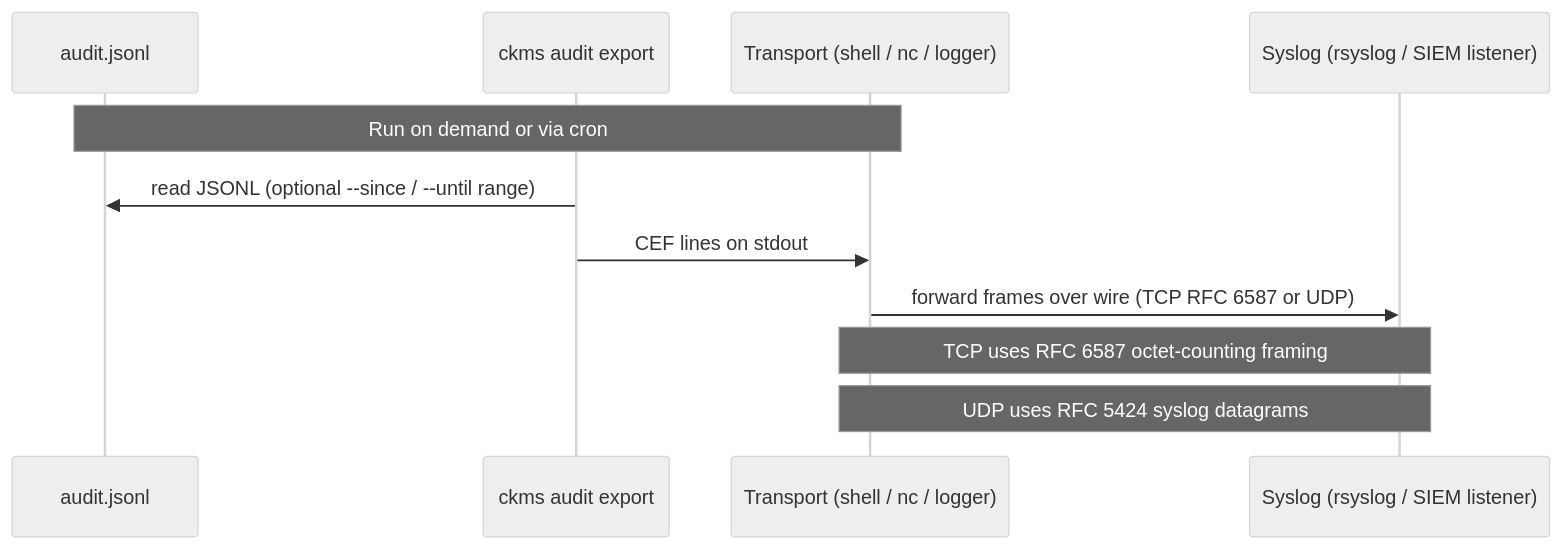
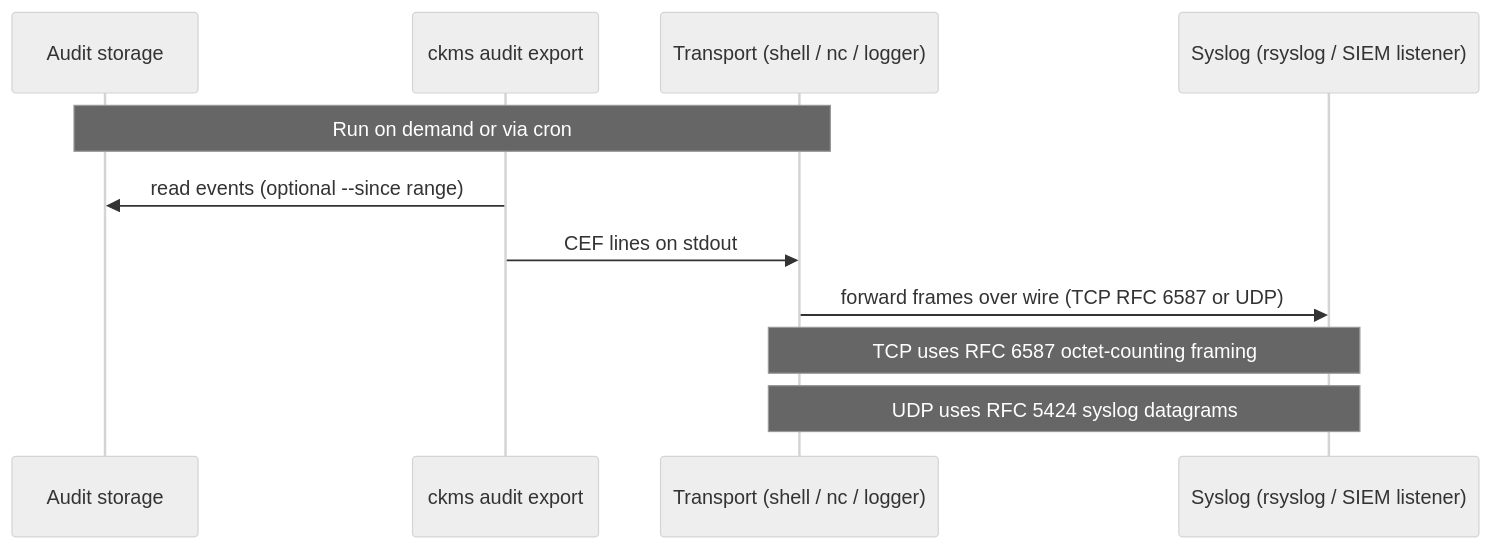
One commit to Cosmian/kms changed the second of 2 diagrams in documentation/docs/configuration/siems.md. Above: the diagram before and after it, drawn with Mermaid (neutral theme). The commit also changed other lines of this file and 75 other files, not shown here.

First line of the commit message:
feat(audit): AuditSink trait, file-store split, PostgreSQL audit backend and `ckms audit` PostgreSQL source (#1189)

````diff
--- a/documentation/docs/configuration/siems.md
+++ b/documentation/docs/configuration/siems.md
@@ -51,14 +54,14 @@
 ```mermaid
 sequenceDiagram
-    participant File as audit.jsonl
+    participant Source as Audit storage
     participant ckms as ckms audit export
     participant Transport as Transport (shell / nc / logger)
     participant Syslog as Syslog (rsyslog / SIEM listener)
 
-    Note over File,Transport: Run on demand or via cron
-    ckms->>File: read JSONL (optional --since / --until range)
+    Note over Source,Transport: Run on demand or via cron
+    ckms->>Source: read events (optional --since range)
     ckms->>Transport: CEF lines on stdout
     Transport->>Syslog: forward frames over wire (TCP RFC 6587 or UDP)
     Note over Transport,Syslog: TCP uses RFC 6587 octet-counting framing
     Note over Transport,Syslog: UDP uses RFC 5424 syslog datagrams
 ```
````
